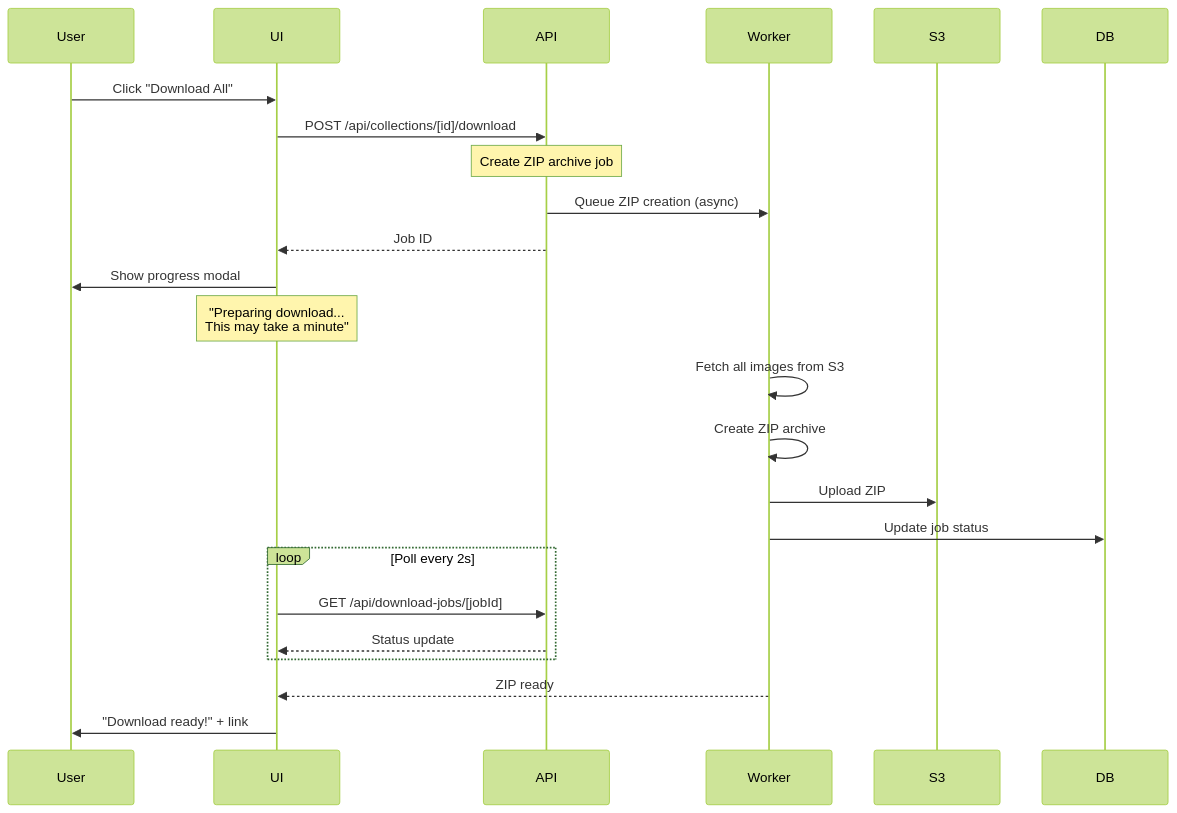
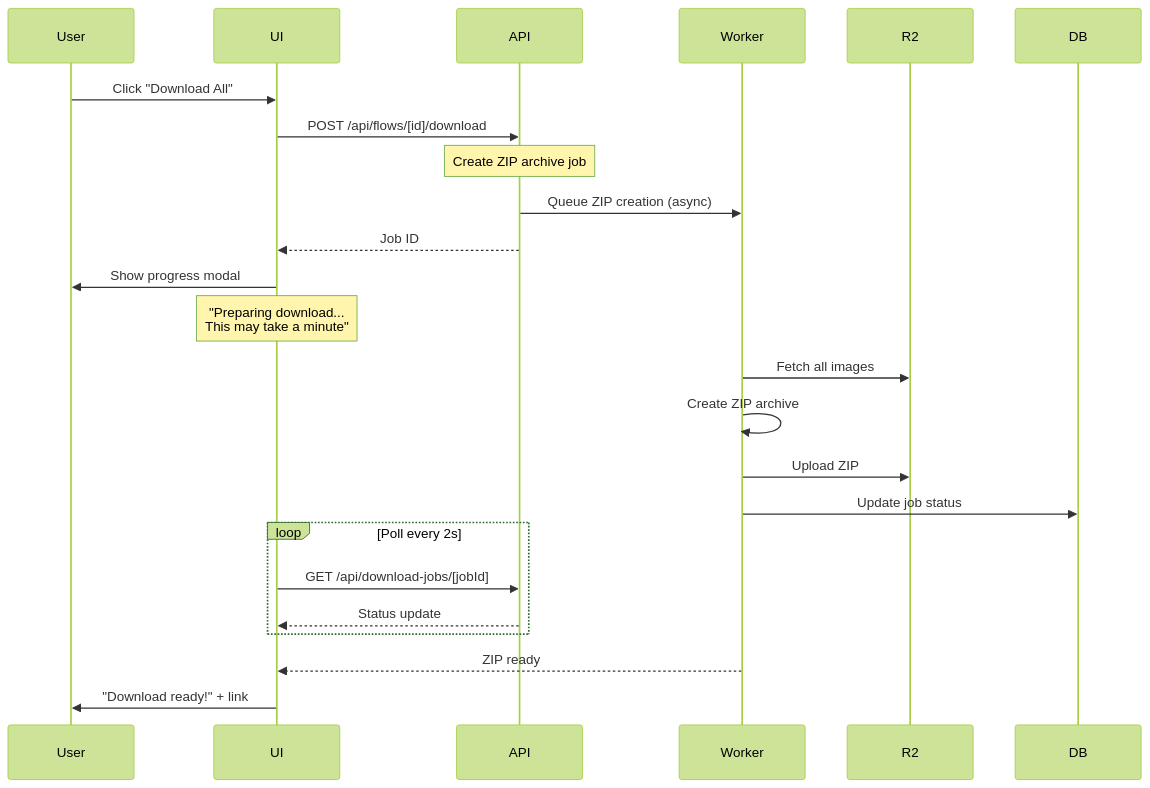
The ninth of 13 diagrams in apps/scenergy-visualizer/design-log/004-user-flows-journey.md (shlior7/epox-monorepo), drawn with Mermaid (forest theme) before and after one commit. The commit also changed other lines of this file and 8 other files, not shown here.

````diff
--- a/apps/scenergy-visualizer/design-log/004-user-flows-journey.md
+++ b/apps/scenergy-visualizer/design-log/004-user-flows-journey.md
@@ -913,29 +1058,30 @@
 ```mermaid
 sequenceDiagram
     participant User
     participant UI
     participant API
     participant Worker
+    participant R2
 
     User->>UI: Click "Download All"
-    UI->>API: POST /api/collections/[id]/download
+    UI->>API: POST /api/flows/[id]/download
     Note over API: Create ZIP archive job
     API->>Worker: Queue ZIP creation (async)
     API-->>UI: Job ID
 
     UI->>User: Show progress modal
     Note over UI: "Preparing download...<br/>This may take a minute"
 
-    Worker->>Worker: Fetch all images from S3
+    Worker->>R2: Fetch all images
     Worker->>Worker: Create ZIP archive
-    Worker->>S3: Upload ZIP
+    Worker->>R2: Upload ZIP
     Worker->>DB: Update job status
 
     loop Poll every 2s
         UI->>API: GET /api/download-jobs/[jobId]
         API-->>UI: Status update
     end
 
     Worker-->>UI: ZIP ready
     UI->>User: "Download ready!" + link
 ```
````
